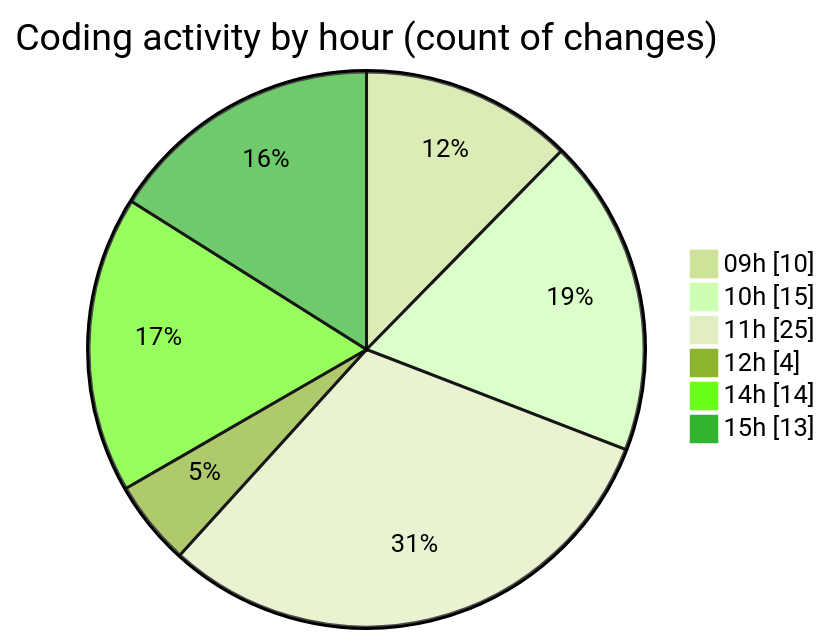
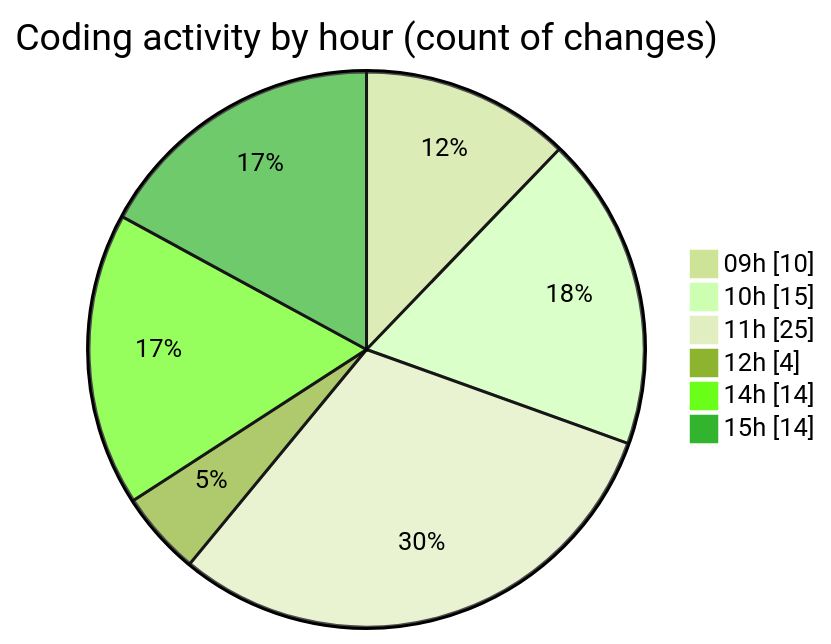
The second of 2 diagrams in 2025-03-21/myws__workspace_/README.md (MatusMokan/code-tracking), drawn with Mermaid (forest theme) before and after one commit. The commit also changed other lines of this file and 1 other file, not shown here.

````diff
--- a/2025-03-21/myws__workspace_/README.md
+++ b/2025-03-21/myws__workspace_/README.md
@@ -35,10 +35,10 @@
 ```mermaid
 pie showData
 title Coding activity by hour (count of changes)
 "09h" : 10
 "10h" : 15
 "11h" : 25
 "12h" : 4
 "14h" : 14
-"15h" : 13
+"15h" : 14
 ```
````
